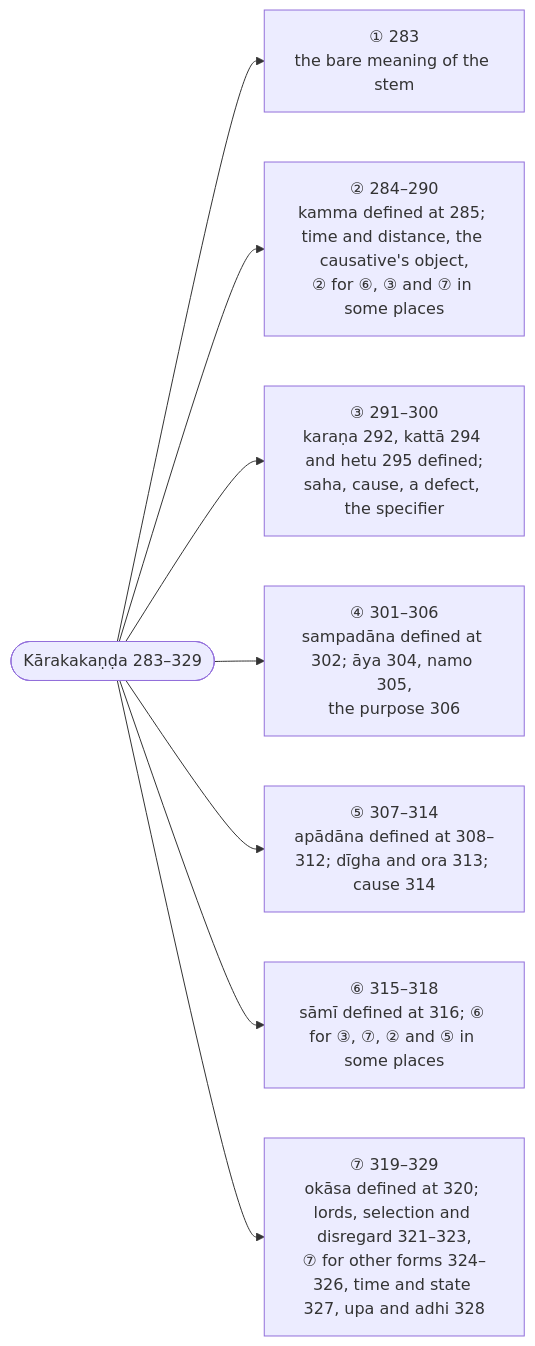
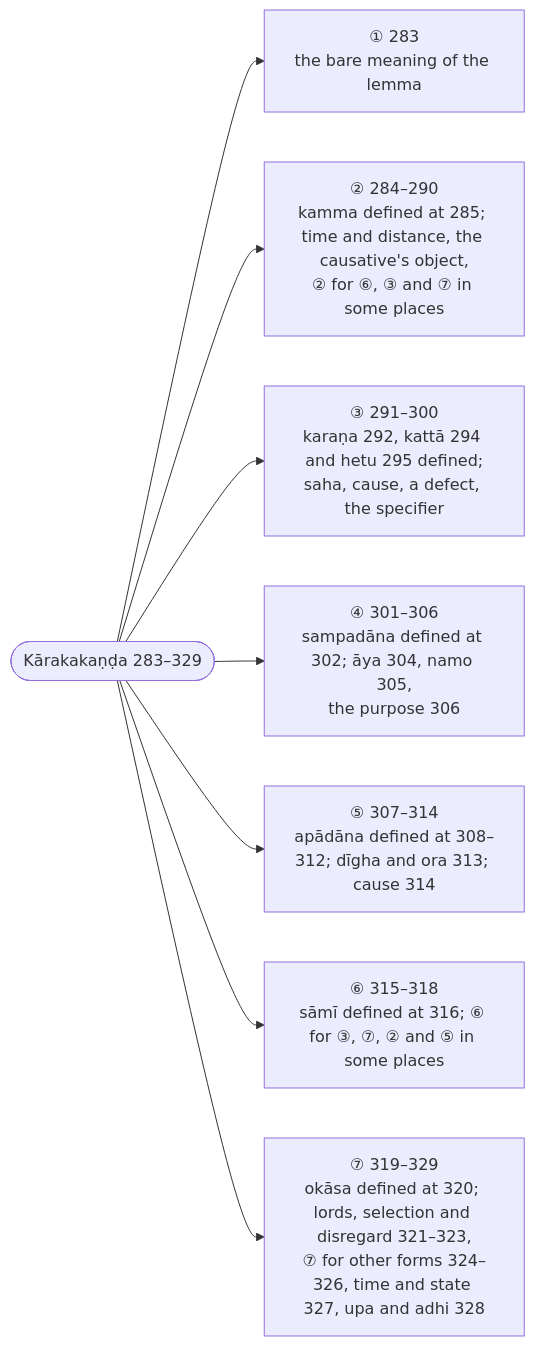
One commit to kaccayana/kaccayana.github.io changed the diagram in src/content/docs/rupasiddhi/3-karakakanda.mdx. Above: the diagram before and after it, drawn with Mermaid. The commit also changed other lines of this file and 16 other files, not shown here.

````diff
--- a/src/content/docs/rupasiddhi/3-karakakanda.mdx
+++ b/src/content/docs/rupasiddhi/3-karakakanda.mdx
@@ -18,10 +18,10 @@
 ```mermaid
 flowchart LR
-  Kk(["Kārakakaṇḍa 283–329"]) --> P["① 283<br/>the bare meaning of the stem"]
+  Kk(["Kārakakaṇḍa 283–329"]) --> P["① 283<br/>the bare meaning of the lemma"]
   Kk --> D["② 284–290<br/>kamma defined at 285; time and distance, the causative's object,<br/>② for ⑥, ③ and ⑦ in some places"]
   Kk --> T["③ 291–300<br/>karaṇa 292, kattā 294 and hetu 295 defined;<br/>saha, cause, a defect, the specifier"]
   Kk --> C["④ 301–306<br/>sampadāna defined at 302; āya 304, namo 305,<br/>the purpose 306"]
   Kk --> Pn["⑤ 307–314<br/>apādāna defined at 308–312; dīgha and ora 313; cause 314"]
   Kk --> Ch["⑥ 315–318<br/>sāmī defined at 316; ⑥ for ③, ⑦, ② and ⑤ in some places"]
   Kk --> S["⑦ 319–329<br/>okāsa defined at 320; lords, selection and disregard 321–323,<br/>⑦ for other forms 324–326, time and state 327, upa and adhi 328"]
 ```
````
